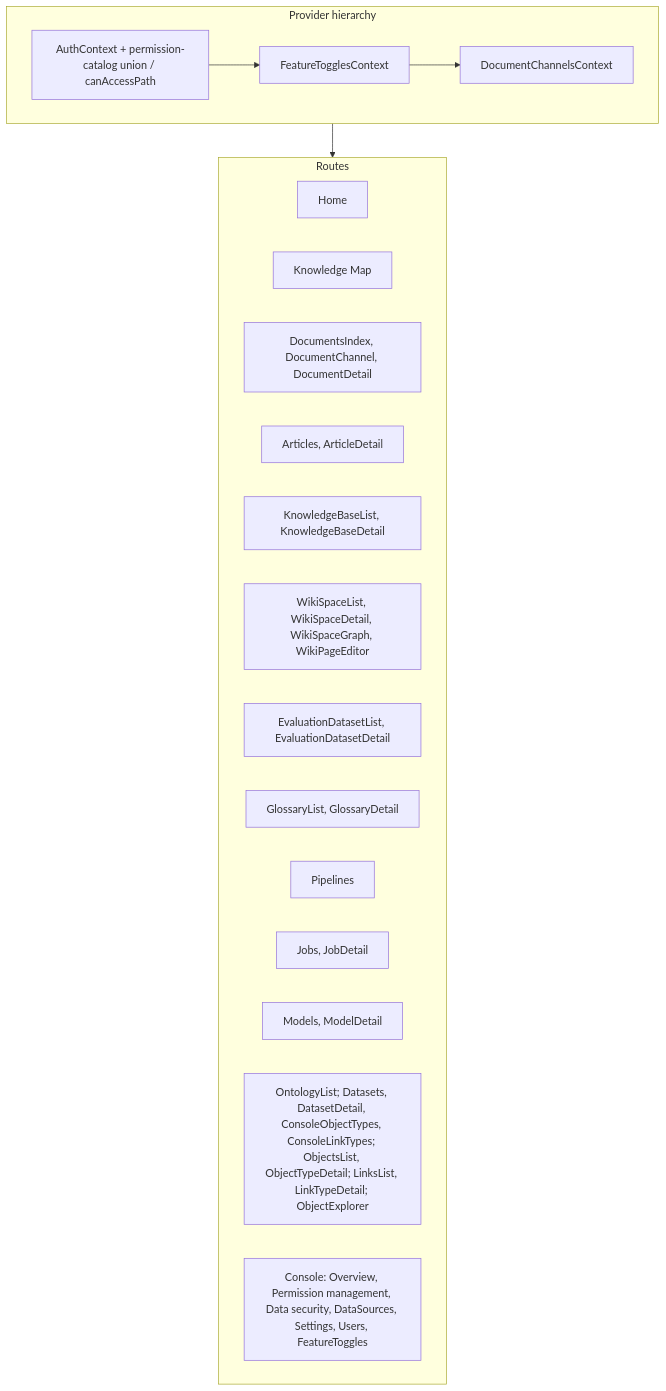
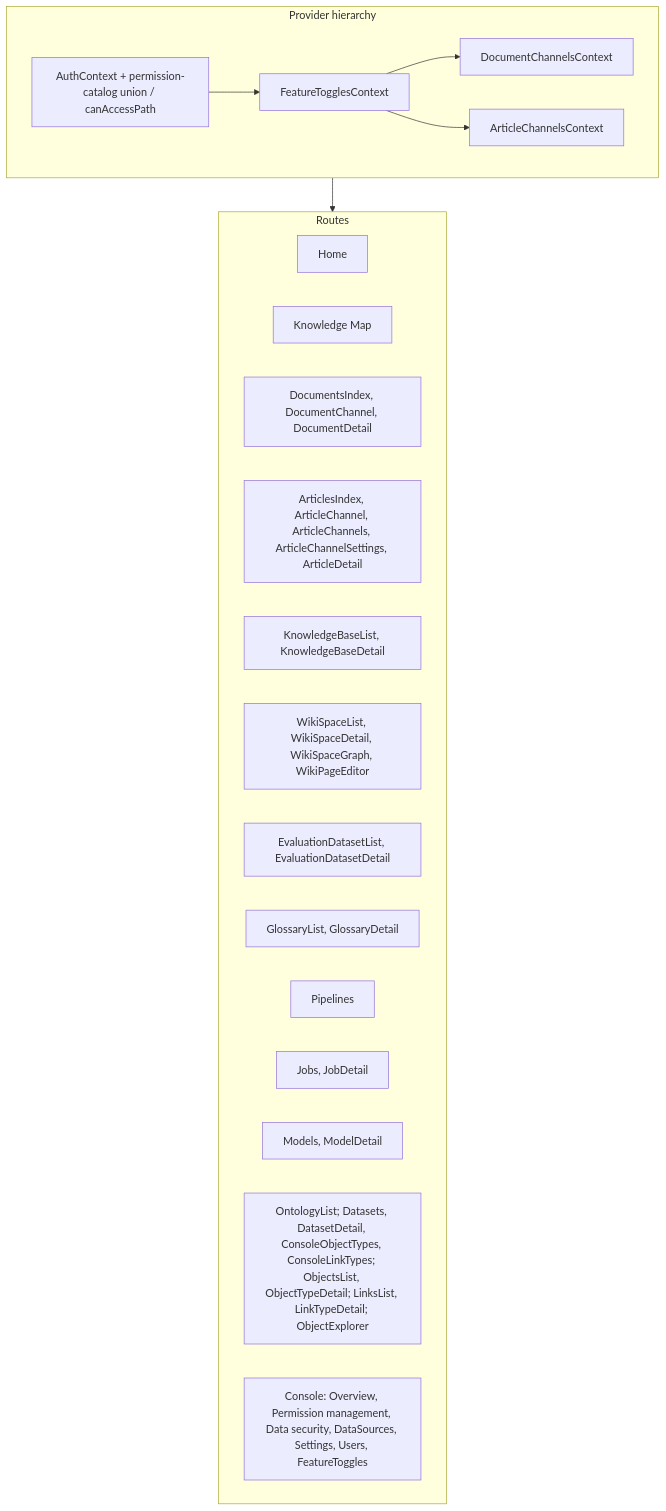
The second of 5 diagrams in docs/architecture.md (yingrui/openKMS), drawn with Mermaid before and after one commit. The commit also changed other lines of this file and 49 other files, not shown here.

First line of the commit message:
feat(articles): article channels, CRUD APIs, and document-style SPA

````diff
--- a/docs/architecture.md
+++ b/docs/architecture.md
@@ -63,28 +63,30 @@
 ```mermaid
 flowchart TB
   subgraph Providers["Provider hierarchy"]
     Auth[AuthContext + permission-catalog union / canAccessPath]
     FT[FeatureTogglesContext]
     DC[DocumentChannelsContext]
+    AC[ArticleChannelsContext]
     Auth --> FT
     FT --> DC
+    FT --> AC
   end
 
   subgraph Pages["Routes"]
     Home[Home]
     KnowledgeMapPage[Knowledge Map]
     Docs[DocumentsIndex, DocumentChannel, DocumentDetail]
-    Articles[Articles, ArticleDetail]
+    Articles[ArticlesIndex, ArticleChannel, ArticleChannels, ArticleChannelSettings, ArticleDetail]
     KB[KnowledgeBaseList, KnowledgeBaseDetail]
     Wiki[WikiSpaceList, WikiSpaceDetail, WikiSpaceGraph, WikiPageEditor]
     Eval[EvaluationDatasetList, EvaluationDatasetDetail]
     Glossaries[GlossaryList, GlossaryDetail]
     Pipelines[Pipelines]
     Jobs[Jobs, JobDetail]
     Models[Models, ModelDetail]
     Ontology[OntologyList; Datasets, DatasetDetail, ConsoleObjectTypes, ConsoleLinkTypes; ObjectsList, ObjectTypeDetail; LinksList, LinkTypeDetail; ObjectExplorer]
     Console[Console: Overview, Permission management, Data security, DataSources, Settings, Users, FeatureToggles]
   end
 
   Providers --> Pages
 ```
````
